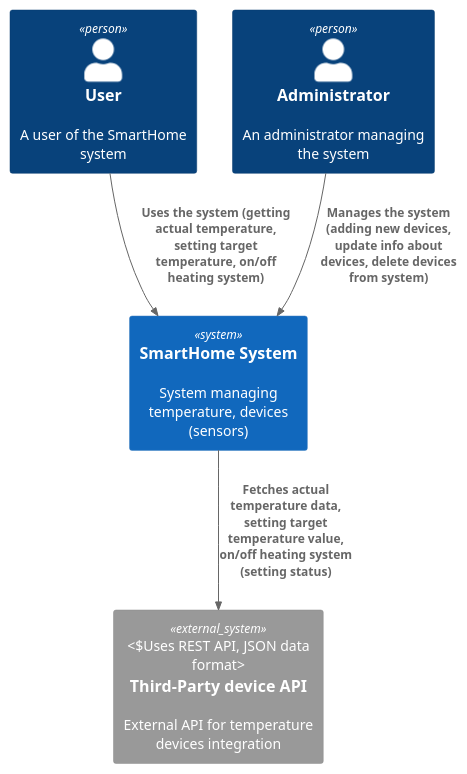
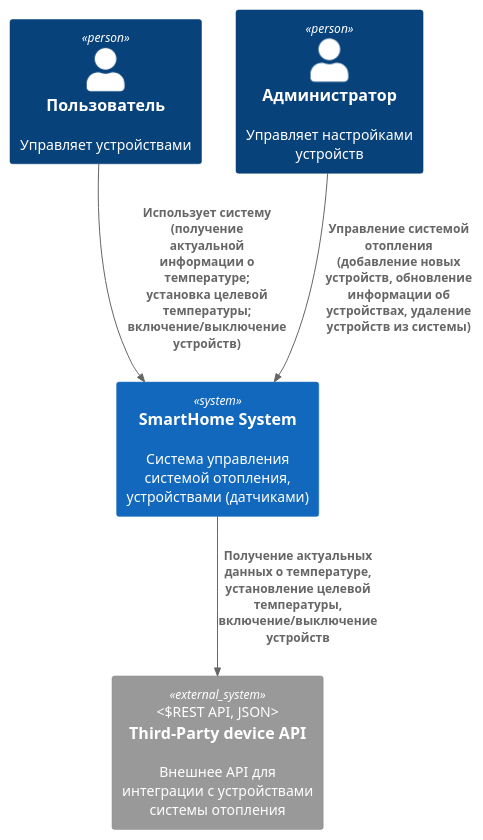
Before and after one commit to aakaltenberg/Yandex-Practicum-architecture-pro-warmhouse: the diagram in smart_home_arch_docs/docs/architecture/smartHome_context.md, drawn with PlantUML. The commit also changed 5 other files, not shown here.

````diff
--- a/smart_home_arch_docs/docs/architecture/smartHome_context.md
+++ b/smart_home_arch_docs/docs/architecture/smartHome_context.md
@@ -1,18 +1,18 @@
 ```puml
 @startuml title SmartHome Context Diagram
 
 top to bottom direction
 
 !include https://raw.githubusercontent.com/plantuml-stdlib/C4-PlantUML/master/C4_Context.puml
 
-Person(user, "User", "A user of the SmartHome system") 
-Person(admin, "Administrator", "An administrator managing the system") 
-System(SmartHomeSystem, "SmartHome System", "System managing temperature, devices (sensors)")
+Person(user, "Пользователь", "Управляет устройствами")
+Person(admin, "Администратор", "Управляет настройками устройств")
+System(SmartHomeSystem, "SmartHome System", "Система управления системой отопления, устройствами (датчиками)")
 
-System_Ext(TemperatureService, "Third-Party device API", "External API for temperature devices integration", "Uses REST API, JSON data format") 
-Rel(user, SmartHomeSystem, "Uses the system (getting actual temperature, setting target temperature, on/off heating system)") 
-Rel(admin, SmartHomeSystem, "Manages the system (adding new devices, update info about devices, delete devices from system)") 
-Rel(SmartHomeSystem, TemperatureService, "Fetches actual temperature data, setting target temperature value, on/off heating system (setting status)") 
+System_Ext(TemperatureService, "Third-Party device API", "Внешнее API для интеграции с устройствами системы отопления", "REST API, JSON") 
+Rel(user, SmartHomeSystem, "Использует систему (получение актуальной информации о температуре; установка целевой температуры; включение/выключение устройств)") 
+Rel(admin, SmartHomeSystem, "Управление системой отопления (добавление новых устройств, обновление информации об устройствах, удаление устройств из системы)") 
+Rel(SmartHomeSystem, TemperatureService, "Получение актуальных данных о температуре, установление целевой температуры, включение/выключение устройств") 
 
 @enduml
 ```
````
